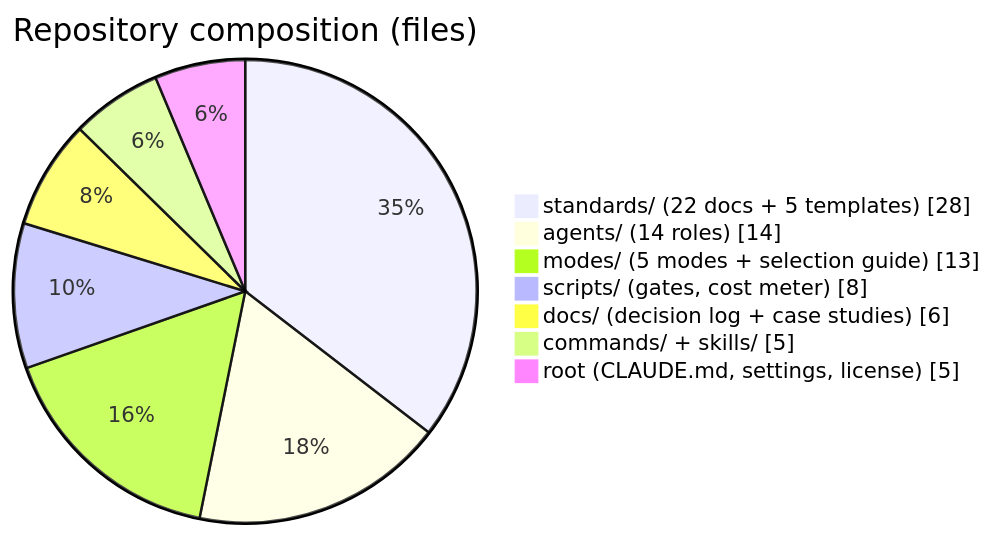
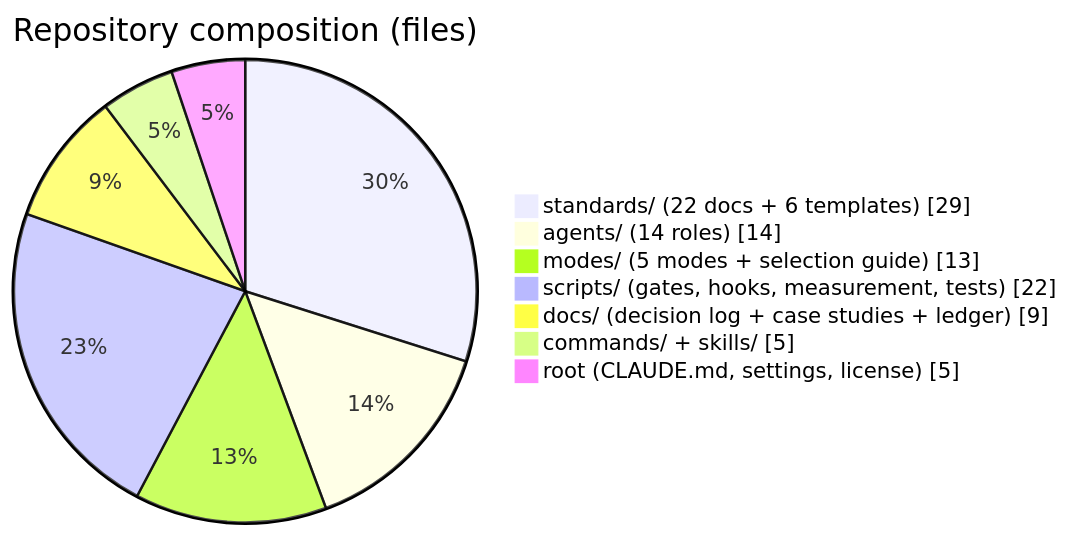
The first of 2 diagrams in README.md (adyusuf/claude-code-standards), drawn with Mermaid before and after one commit. The commit also changed other lines of this file and 5 other files, not shown here.

````diff
--- a/README.md
+++ b/README.md
@@ -18,10 +18,10 @@
 ```mermaid
 pie showData title Repository composition (files)
- "standards/ (22 docs + 5 templates)" : 28
+ "standards/ (22 docs + 6 templates)" : 29
  "agents/ (14 roles)" : 14
  "modes/ (5 modes + selection guide)" : 13
- "scripts/ (gates, cost meter)" : 8
- "docs/ (decision log + case studies)" : 6
+ "scripts/ (gates, hooks, measurement, tests)" : 22
+ "docs/ (decision log + case studies + ledger)" : 9
  "commands/ + skills/" : 5
  "root (CLAUDE.md, settings, license)" : 5
 ```
````
